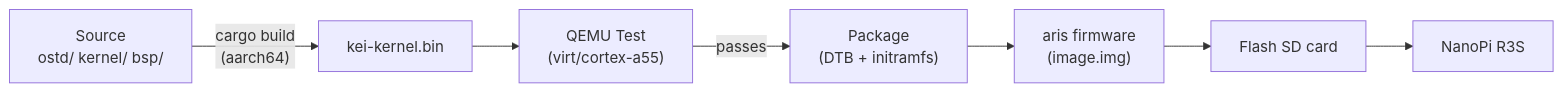
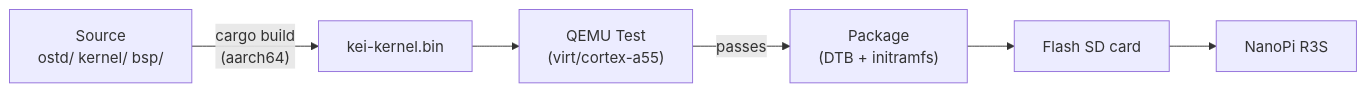
One commit to langyo/kei changed the first of 4 diagrams in docs/zht/guides/deployment.md. Above: the diagram before and after it, drawn with Mermaid. The commit also changed other lines of this file and 1283 other files, not shown here.

````diff
--- a/docs/zht/guides/deployment.md
+++ b/docs/zht/guides/deployment.md
@@ -11,9 +10,8 @@
 ```mermaid
 flowchart LR
     SRC["Source\nostd/ kernel/ bsp/"] -->|"cargo build\n(aarch64)"| BIN["kei-kernel.bin"]
     BIN --> QEMU["QEMU Test\n(virt/cortex-a55)"]
     QEMU -->|passes| PACK["Package\n(DTB + initramfs)"]
-    PACK --> ARIS["aris firmware\n(image.img)"]
-    ARIS --> FLASH["Flash SD card"]
+    PACK --> FLASH["Flash SD card"]
     FLASH --> BOARD["NanoPi R3S"]
 ```
````
